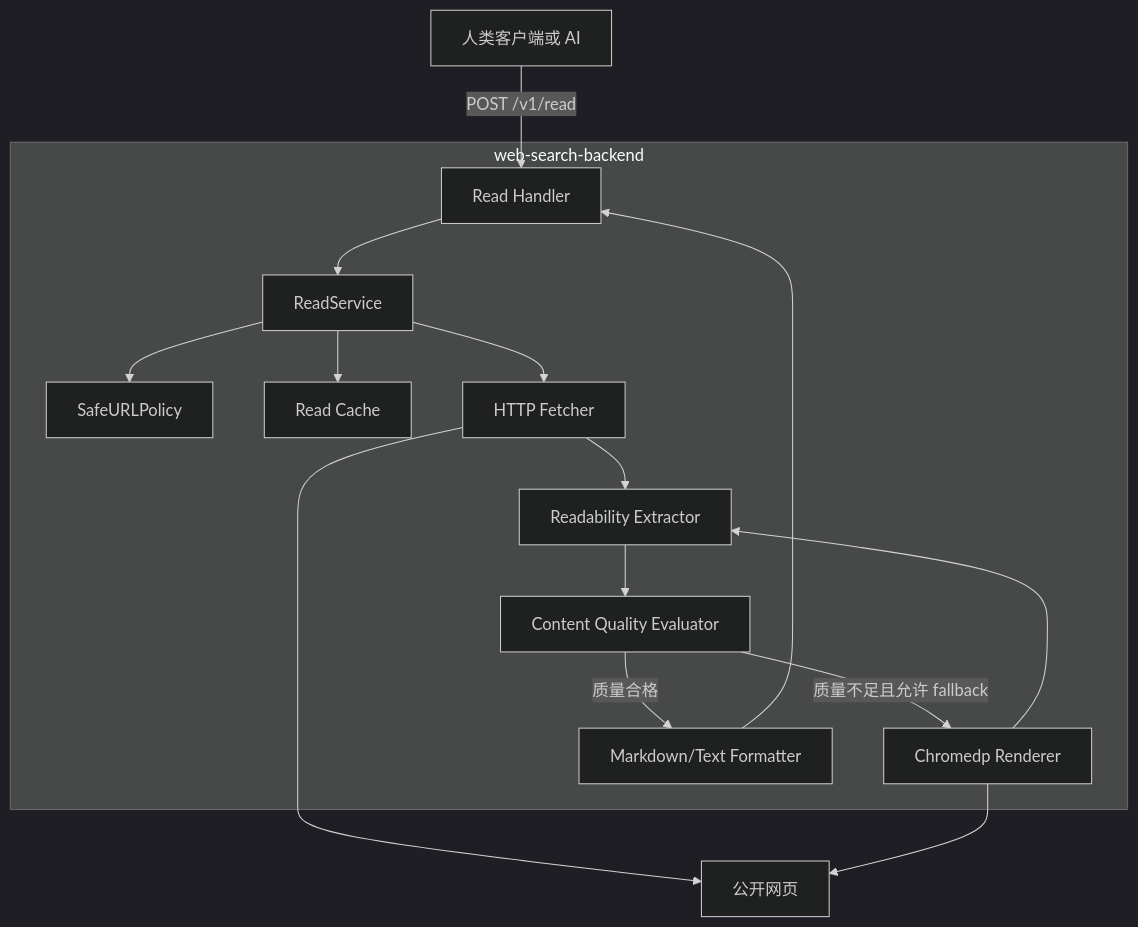
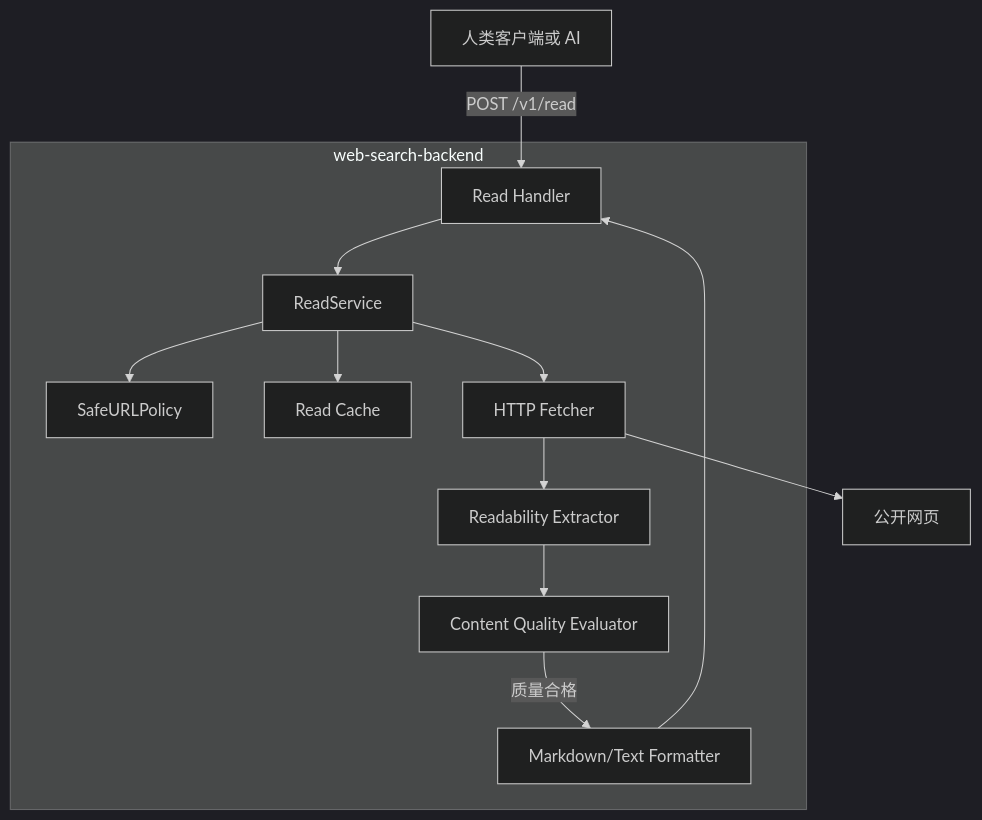
One commit to ZoeImport/search-x changed the first of 3 diagrams in docs/superpowers/specs/2026-07-14-read-api-design.md. Above: the diagram before and after it, drawn with Mermaid (dark theme). The commit also changed other lines of this file and 54 other files, not shown here.

````diff
--- a/docs/superpowers/specs/2026-07-14-read-api-design.md
+++ b/docs/superpowers/specs/2026-07-14-read-api-design.md
@@ -32,28 +34,25 @@
 ```mermaid
 flowchart TB
   subgraph API["web-search-backend"]
     Handler["Read Handler"]
     Service["ReadService"]
     Policy["SafeURLPolicy"]
     Cache["Read Cache"]
     HTTP["HTTP Fetcher"]
-    Browser["Chromedp Renderer"]
     Extractor["Readability Extractor"]
     Formatter["Markdown/Text Formatter"]
     Quality["Content Quality Evaluator"]
   end
 
   Client["人类客户端或 AI"] -->|"POST /v1/read"| Handler
   Handler --> Service
   Service --> Policy
   Service --> Cache
   Service --> HTTP
   HTTP --> Extractor
   Extractor --> Quality
-  Quality -->|"质量不足且允许 fallback"| Browser
-  Browser --> Extractor
+
   Quality -->|"质量合格"| Formatter
   Formatter --> Handler
   HTTP --> External["公开网页"]
-  Browser --> External
 ```
````
